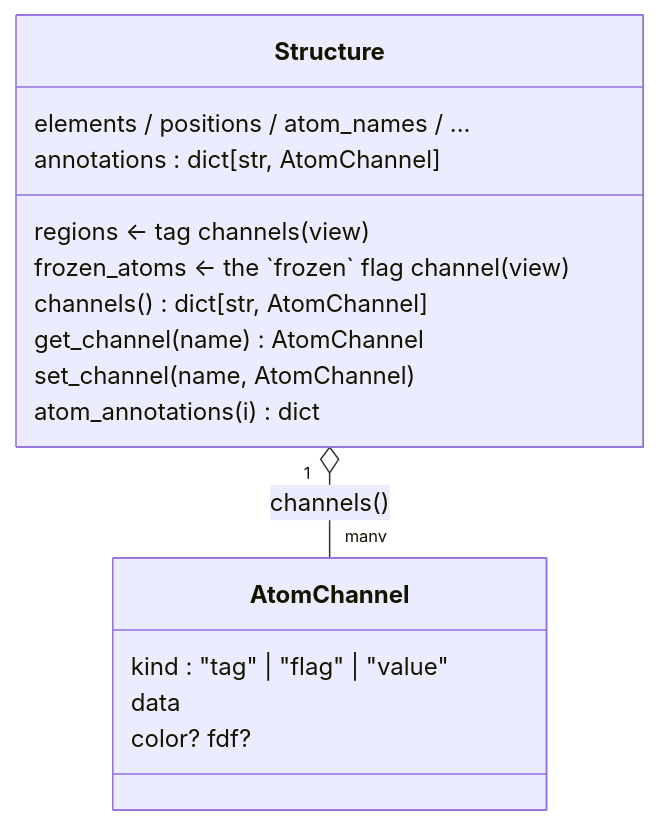
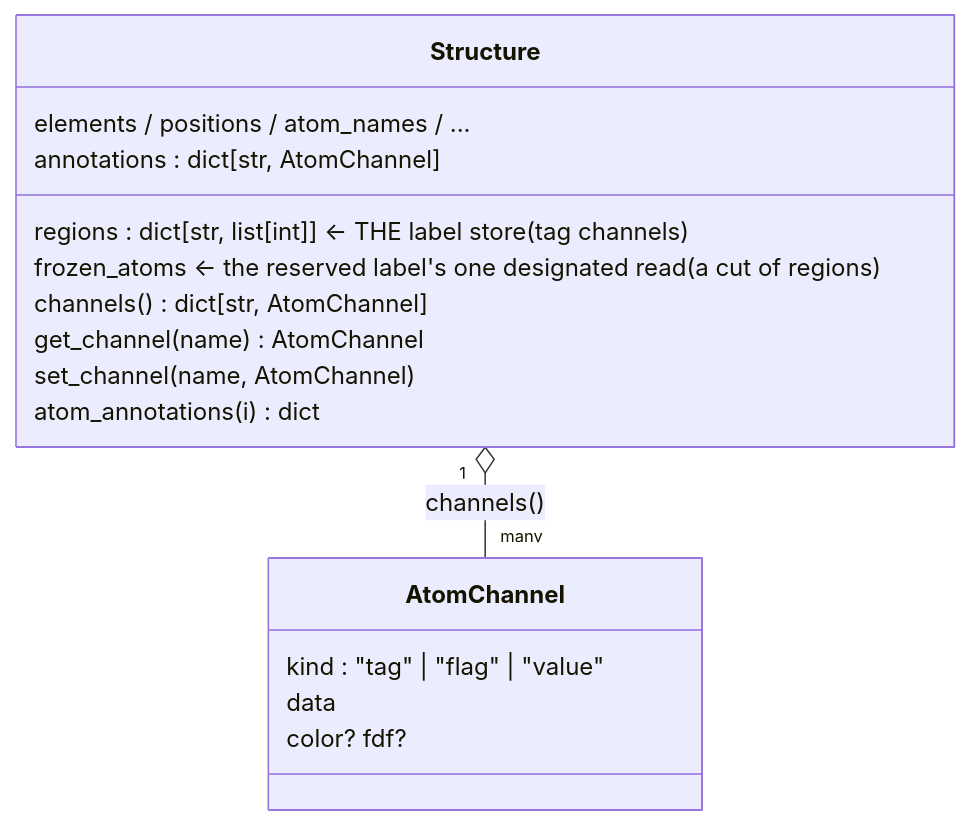
One commit to Qing-LAB/molbuilder changed the first of 2 diagrams in docs/model/structure-annotations.md. Above: the diagram before and after it, drawn with Mermaid. The commit also changed other lines of this file and 29 other files, not shown here.

````diff
--- a/docs/model/structure-annotations.md
+++ b/docs/model/structure-annotations.md
@@ -54,19 +69,19 @@
 ```mermaid
 classDiagram
     class Structure {
         elements / positions / atom_names / ...
-        regions  ← tag channels (view)
-        frozen_atoms  ← the `frozen` flag channel (view)
+        regions : dict[str, list[int]]   ← THE label store (tag channels)
+        frozen_atoms  ← the reserved label's one designated read (a cut of regions)
         annotations : dict[str, AtomChannel]
         channels() dict[str, AtomChannel]
         get_channel(name) AtomChannel
         set_channel(name, AtomChannel)
         atom_annotations(i) dict
     }
     class AtomChannel {
         kind : "tag" | "flag" | "value"
         data
         color?  fdf?
     }
     Structure "1" o-- "many" AtomChannel : channels()
 ```
````
